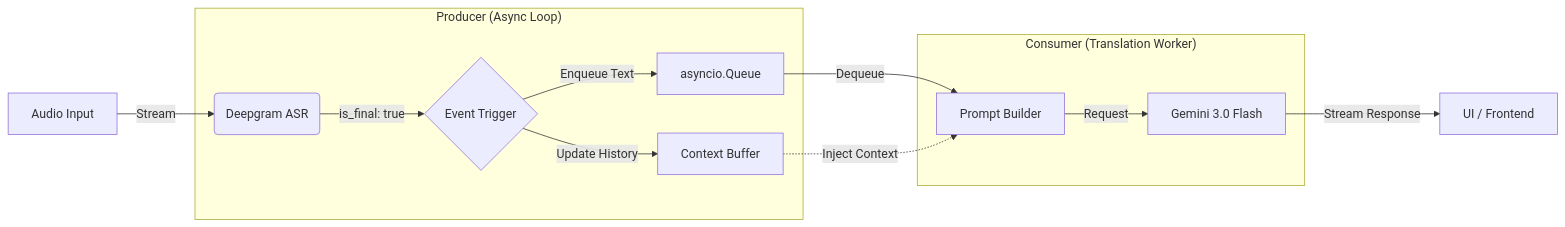
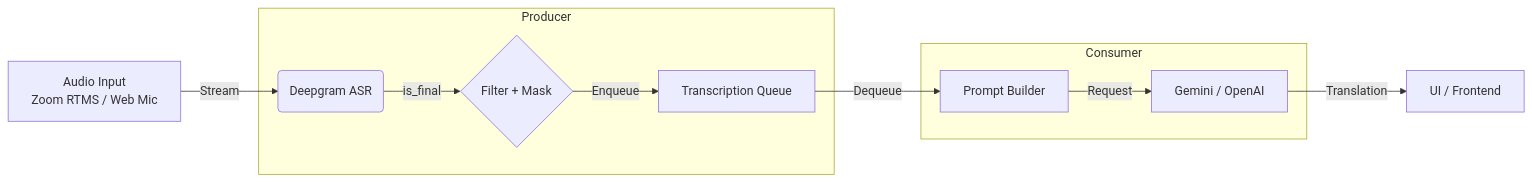
The diagram in DESIGN_DOC.md (alias09inc/real_time_translation), drawn with Mermaid before and after one commit. The commit also changed other lines of this file and 10 other files, not shown here.

First line of the commit message:
feat: Enhance real-time translation system with new Deepgram and LLM configurations

````diff
--- a/DESIGN_DOC.md
+++ b/DESIGN_DOC.md
@@ -16,18 +17,16 @@
 ```mermaid
 graph LR
-    A[Audio Input] -->|Stream| B(Deepgram ASR)
+    A[Audio Input<br/>Zoom RTMS / Web Mic] -->|Stream| B(Deepgram ASR)
 
-    subgraph "Producer (Async Loop)"
-        B -->|is_final: true| C{Event Trigger}
-        C -->|Enqueue Text| D[asyncio.Queue]
-        C -->|Update History| E[Context Buffer]
+    subgraph "Producer"
+        B -->|is_final| C{Filter + Mask}
+        C -->|Enqueue| D[Transcription Queue]
     end
 
-    subgraph "Consumer (Translation Worker)"
-        D -->|Dequeue| F[Prompt Builder]
-        E -.->|Inject Context| F
-        F -->|Request| G[Gemini 3.0 Flash]
+    subgraph "Consumer"
+        D -->|Dequeue| E[Prompt Builder]
+        E -->|Request| F[Gemini / OpenAI]
     end
 
-    G -->|Stream Response| H[UI / Frontend]
+    F -->|Translation| G[UI / Frontend]
 ```
````
